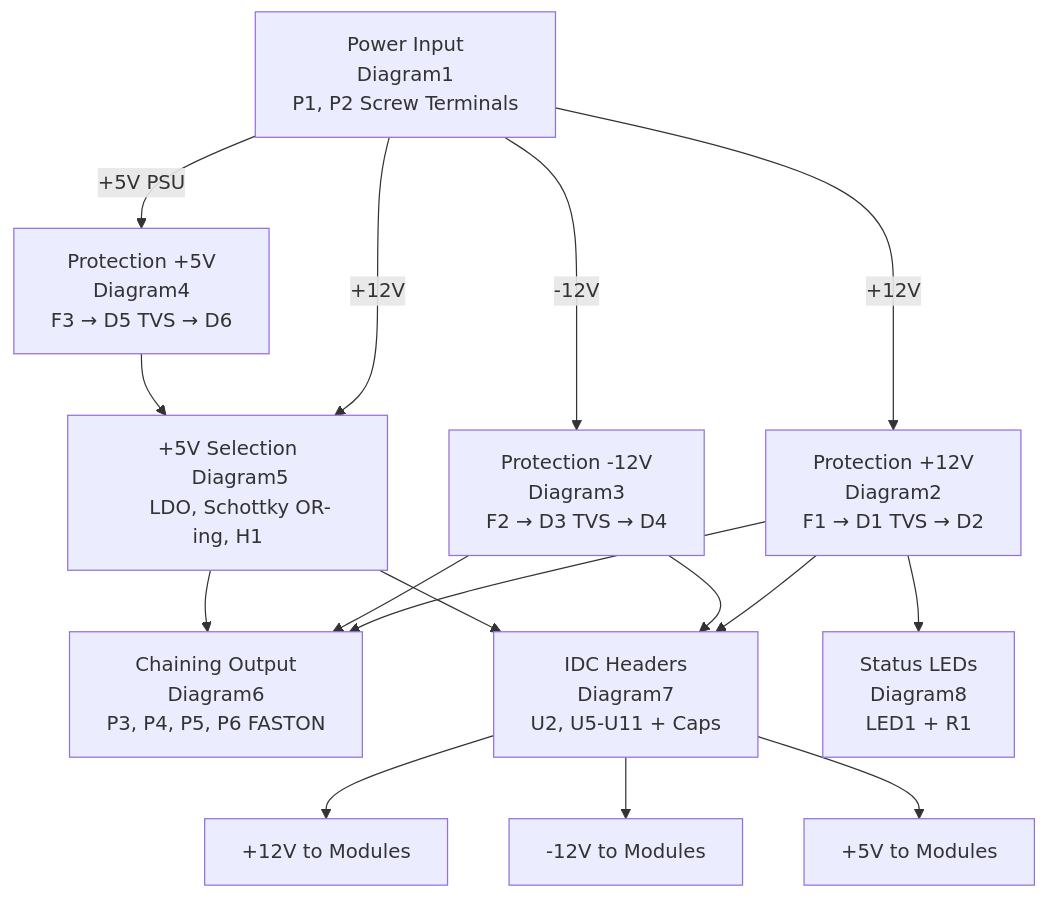
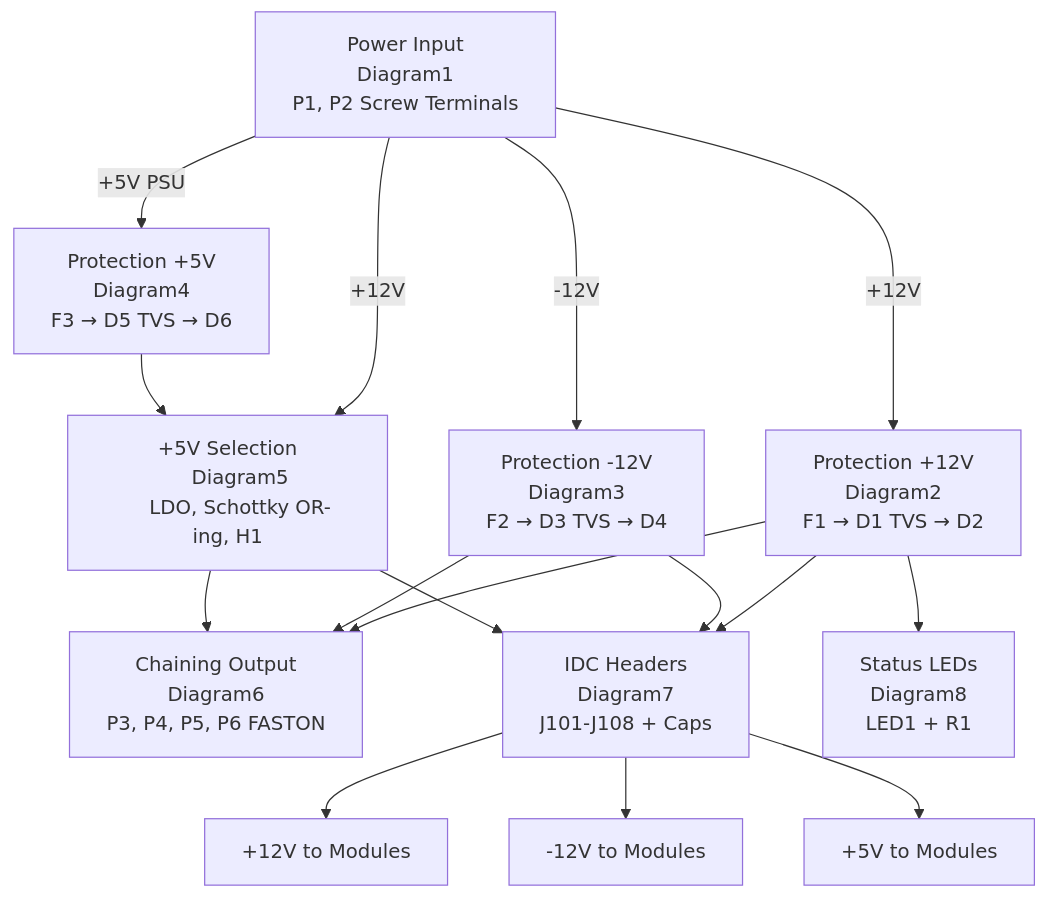
Before and after one commit to Takazudo/zudo-bus: the diagram in doc/docs/overview/circuit-diagrams.mdx, drawn with Mermaid. The commit also changed other lines of this file and 5 other files, not shown here.

First line of the commit message:
Add Diagram6 (FASTON chaining) and Diagram7 (IDC headers)

````diff
--- a/doc/docs/overview/circuit-diagrams.mdx
+++ b/doc/docs/overview/circuit-diagrams.mdx
@@ -13,58 +13,58 @@
 ```mermaid
 flowchart TD
     IN["Power Input
     Diagram1
     P1, P2 Screw Terminals"]
 
     PROT12["Protection +12V
     Diagram2
     F1 → D1 TVS → D2"]
 
     PROTN12["Protection -12V
     Diagram3
     F2 → D3 TVS → D4"]
 
     PROT5["Protection +5V
     Diagram4
     F3 → D5 TVS → D6"]
 
     SEL5["+5V Selection
     Diagram5
     LDO, Schottky OR-ing, H1"]
 
     DIST["Chaining Output
     Diagram6
     P3, P4, P5, P6 FASTON"]
 
     IDC["IDC Headers
     Diagram7
-    U2, U5-U11 + Caps"]
+    J101-J108 + Caps"]
 
     LED["Status LEDs
     Diagram8
     LED1 + R1"]
 
     OUT1["+12V to Modules"]
     OUT2["-12V to Modules"]
     OUT3["+5V to Modules"]
 
     IN -->|"+12V"| PROT12
     IN -->|"-12V"| PROTN12
     IN -->|"+5V PSU"| PROT5
     IN -->|"+12V"| SEL5
 
     PROT12 --> IDC
     PROTN12 --> IDC
     PROT5 --> SEL5
     SEL5 --> IDC
 
     PROT12 --> DIST
     PROTN12 --> DIST
     SEL5 --> DIST
 
     IDC --> OUT1
     IDC --> OUT2
     IDC --> OUT3
 
     PROT12 --> LED
 ```
````
